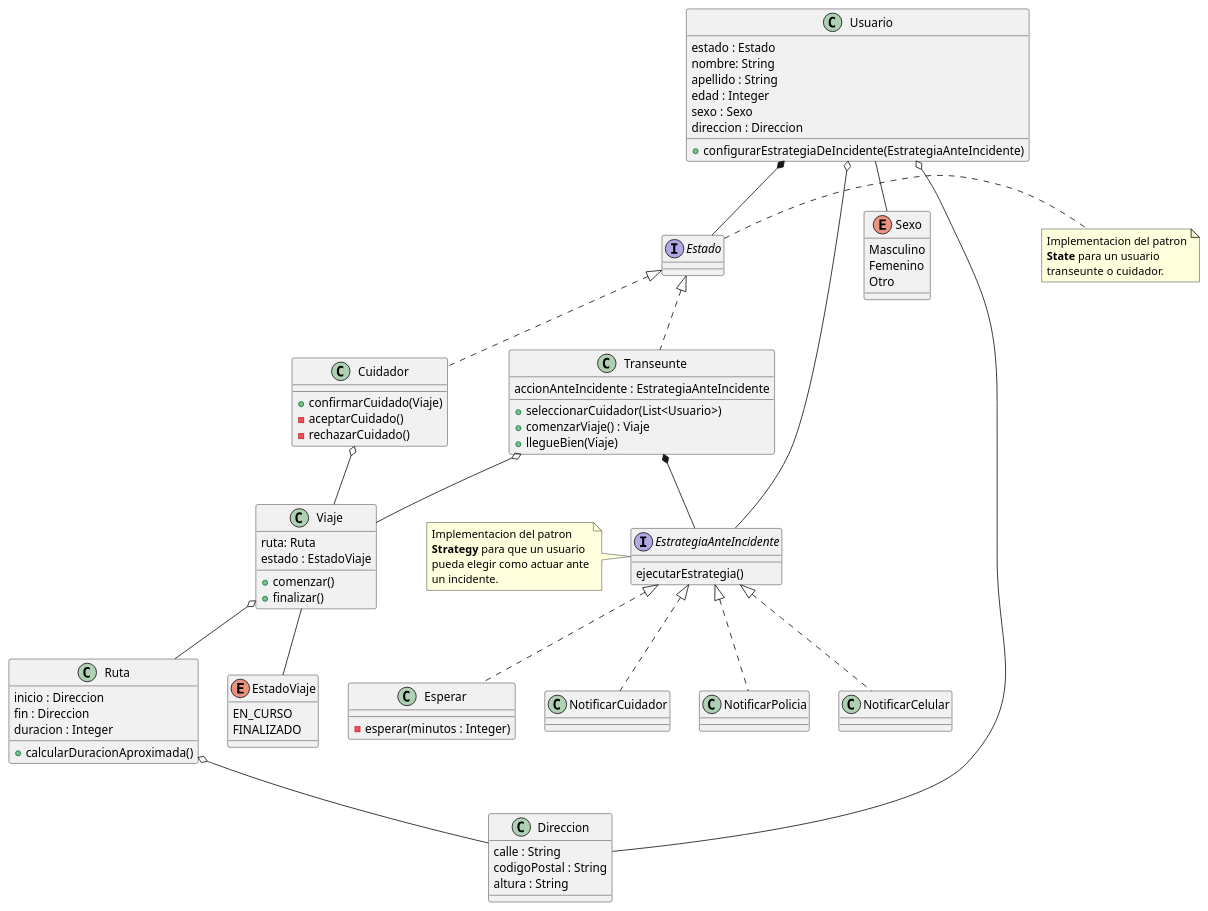
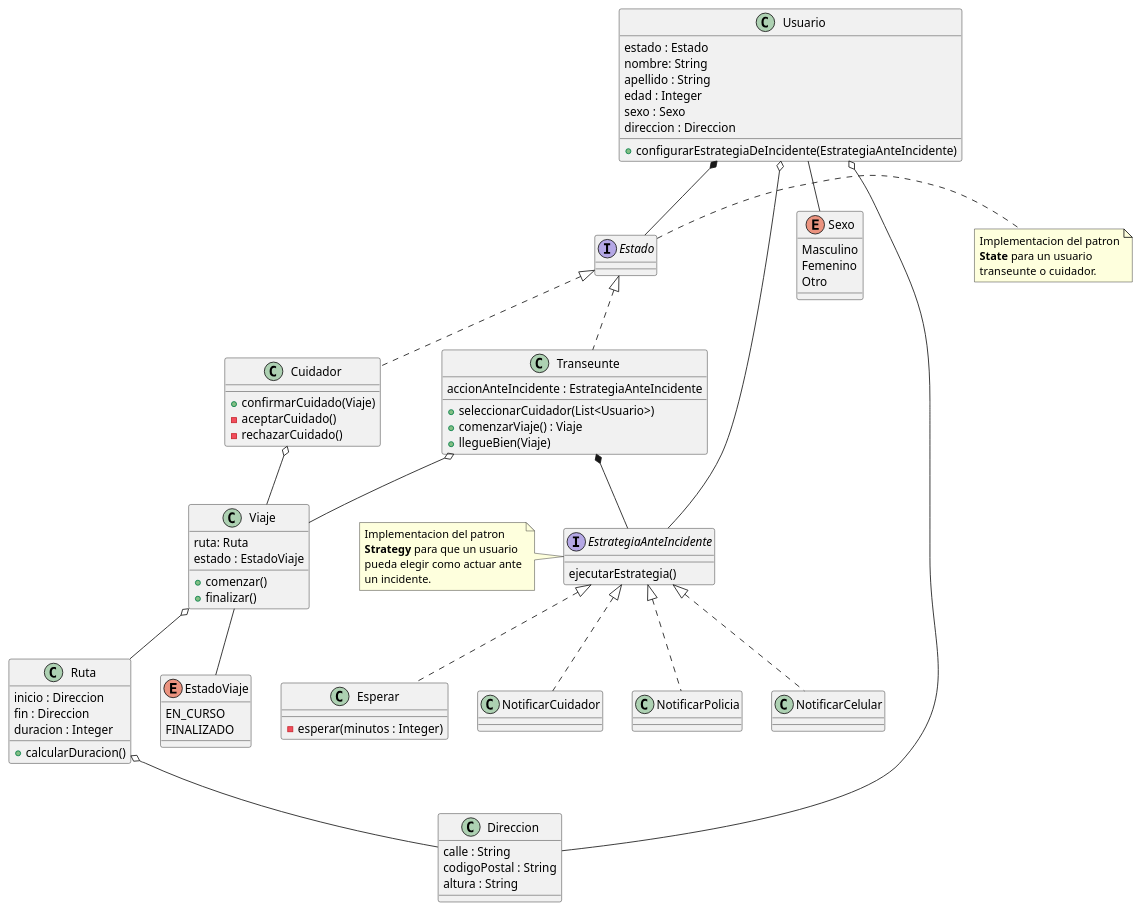
The diagram in docs/diagrams/class_diagram.puml (nachoberaza/practica-dds-cuidandonos), drawn with PlantUML before and after one commit. The commit also changed 5 other files, not shown here.

```diff
--- a/docs/diagrams/class_diagram.puml
+++ b/docs/diagrams/class_diagram.puml
@@ -1,111 +1,111 @@
 @startuml
 class Usuario{
     estado : Estado
     nombre: String
     apellido : String
     edad : Integer
     sexo : Sexo
     direccion : Direccion
     + configurarEstrategiaDeIncidente(EstrategiaAnteIncidente)
 }
 
 enum Sexo{
     Masculino
     Femenino
     Otro
 }
 
 interface Estado{
     'TODO: Que metodo podria ir en esta interfaz??'
 }
 
 note right of Estado
     Implementacion del patron
     **State** para un usuario
     transeunte o cuidador.
 end note
 
 class Transeunte {
     accionAnteIncidente : EstrategiaAnteIncidente
 
     + seleccionarCuidador(List<Usuario>)
     + comenzarViaje() : Viaje
     + llegueBien(Viaje)
 }
 
 class Cuidador {
     + confirmarCuidado(Viaje)
     - aceptarCuidado()
     - rechazarCuidado()
 }
 
 class Viaje{
     ruta: Ruta
     estado : EstadoViaje
     + comenzar()
     + finalizar()
 }
 
 enum EstadoViaje{
     EN_CURSO
     FINALIZADO
 }
 
 class Ruta{
     inicio : Direccion
     fin : Direccion
     duracion : Integer
-    + calcularDuracionAproximada()
+    + calcularDuracion()
 }
 
 interface EstrategiaAnteIncidente {
     ejecutarEstrategia()
 }
 
 note left of EstrategiaAnteIncidente
     Implementacion del patron
     **Strategy** para que un usuario
     pueda elegir como actuar ante
     un incidente.
 end note
 
 class NotificarCuidador{}
 
 class NotificarPolicia{}
 
 class NotificarCelular{}
 
 'TODO: Checkear si estan bien parametrizados los minutos'
 class Esperar{
     - esperar(minutos : Integer)
 }
 
 class Direccion{
     calle : String
     codigoPostal : String
     altura : String
 }
 
 Usuario *-- Estado
 Usuario o-- Direccion
 Usuario o-- EstrategiaAnteIncidente
 Usuario -- Sexo
 
 Estado <|.. Transeunte
 Estado <|.. Cuidador
 
 Transeunte *-- EstrategiaAnteIncidente
 
 Viaje o-- Ruta
 Transeunte o-- Viaje
 Cuidador o-- Viaje
 Viaje -- EstadoViaje
 
 Ruta o-- Direccion
 
 EstrategiaAnteIncidente <|.. NotificarCuidador
 EstrategiaAnteIncidente <|.. NotificarCelular
 EstrategiaAnteIncidente <|.. NotificarPolicia
 EstrategiaAnteIncidente <|.. Esperar
 
 @enduml
```
